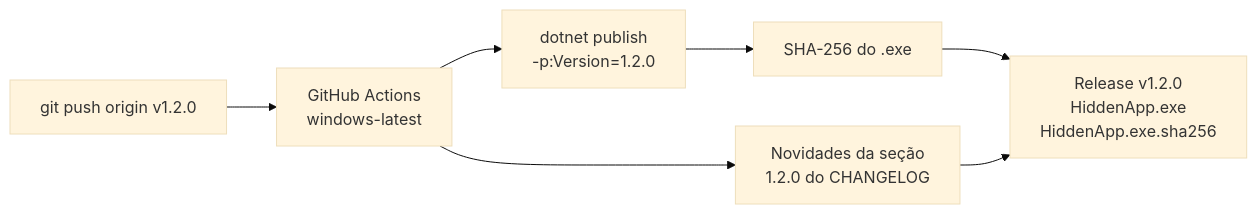
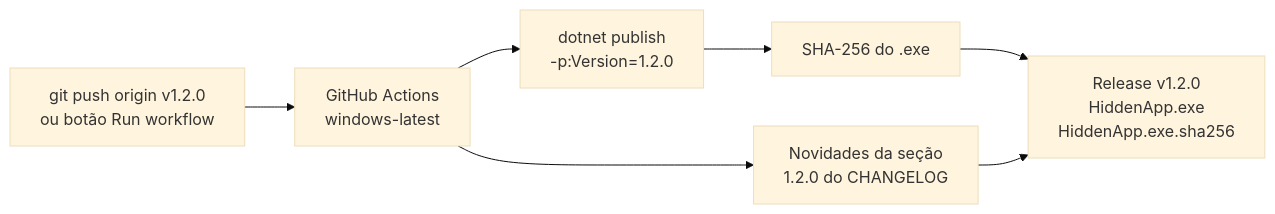
Before and after one commit to PauloHenriqueXD/HiddenApp: the fourth of 6 diagrams in ARQUITETURA.md, drawn with Mermaid (base theme). The commit also changed 3 other files, not shown here.

First line of the commit message:
Publicar versão também pelo botão "Run workflow" do GitHub

````diff
--- a/ARQUITETURA.md
+++ b/ARQUITETURA.md
@@ -249,8 +249,8 @@
 ```mermaid
 flowchart LR
-    T["git push origin v1.2.0"] --> A[GitHub Actions<br/>windows-latest]
+    T["git push origin v1.2.0<br/>ou botão Run workflow"] --> A[GitHub Actions<br/>windows-latest]
     A --> P["dotnet publish<br/>-p:Version=1.2.0"]
     P --> H[SHA-256 do .exe]
     A --> C[Novidades da seção<br/>1.2.0 do CHANGELOG]
     H & C --> R["Release v1.2.0<br/>HiddenApp.exe<br/>HiddenApp.exe.sha256"]
 ```
````
